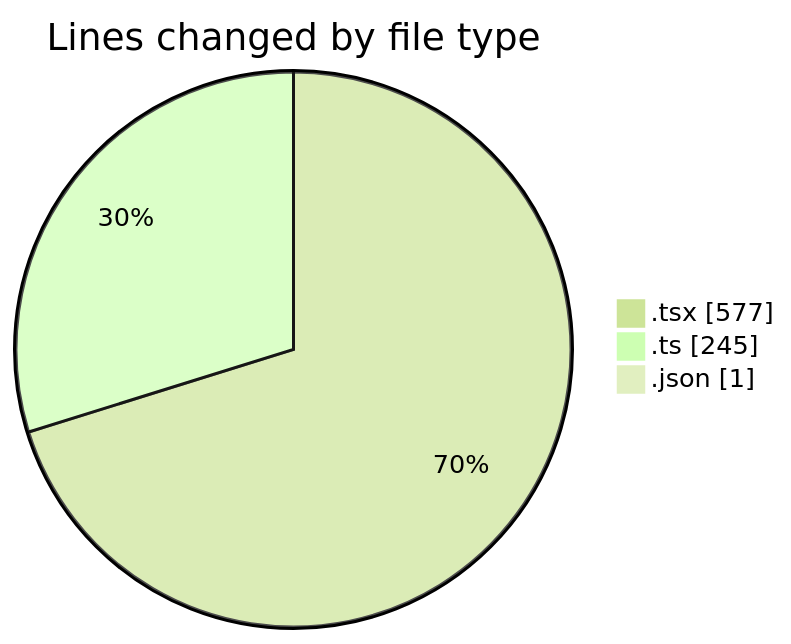
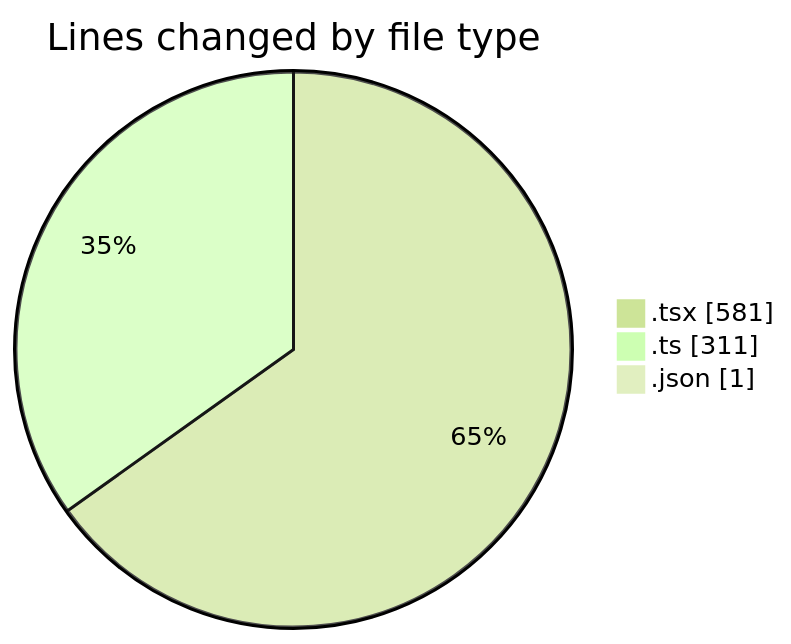
Before and after one commit to julien-gomy/code-tracking: the first of 2 diagrams in 2025-10-08/eventscop-frontend-guide__workspace_/README.md, drawn with Mermaid (forest theme). The commit also changed other lines of this file and 1 other file, not shown here.

````diff
--- a/2025-10-08/eventscop-frontend-guide__workspace_/README.md
+++ b/2025-10-08/eventscop-frontend-guide__workspace_/README.md
@@ -25,7 +26,7 @@
 ```mermaid
 pie showData
 title Lines changed by file type
-".tsx" : 577
-".ts" : 245
+".tsx" : 581
+".ts" : 311
 ".json" : 1
 ```
````
